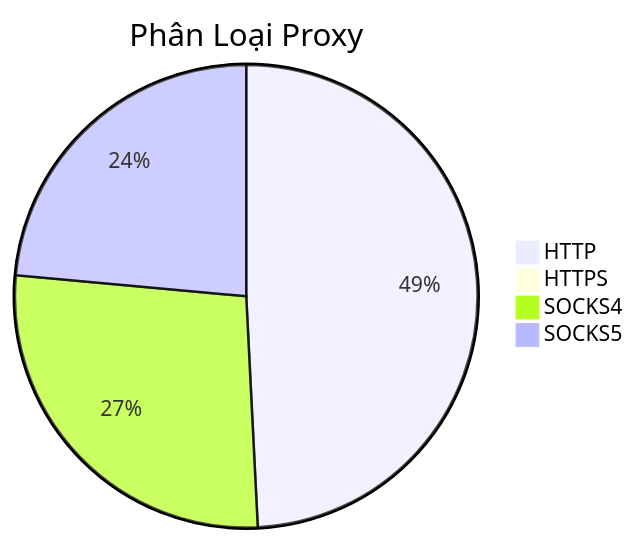
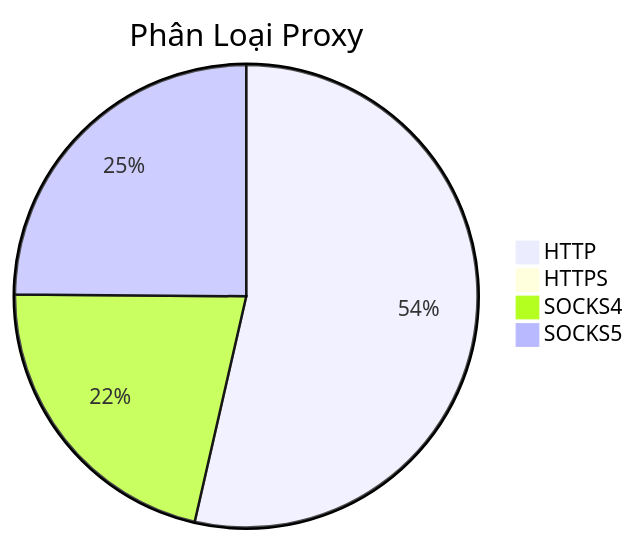
One commit to Ciara-12/PROXY-free changed the diagram in README.md. Above: the diagram before and after it, drawn with Mermaid. The commit also changed other lines of this file and 3 other files, not shown here.

````diff
--- a/README.md
+++ b/README.md
@@ -26,7 +26,7 @@
 ```mermaid
 pie title Phân Loại Proxy
-    "HTTP" : 773
+    "HTTP" : 816
     "HTTPS" : 1
-    "SOCKS4" : 428
-    "SOCKS5" : 370
+    "SOCKS4" : 328
+    "SOCKS5" : 379
 ```
````
